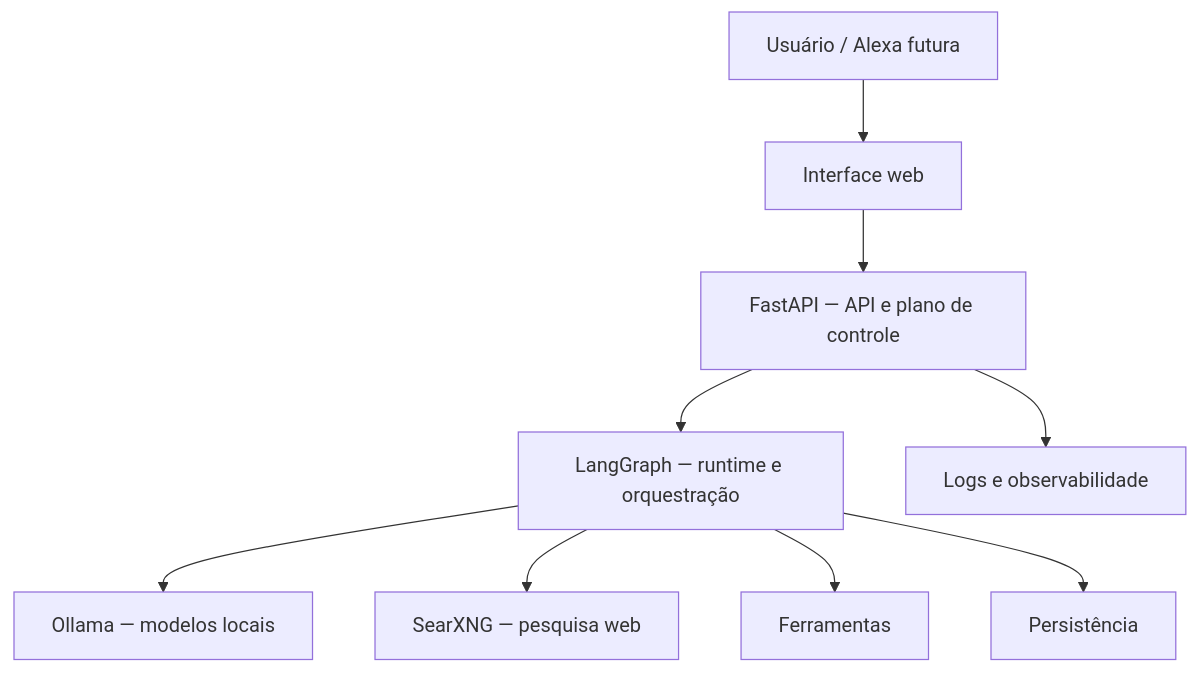
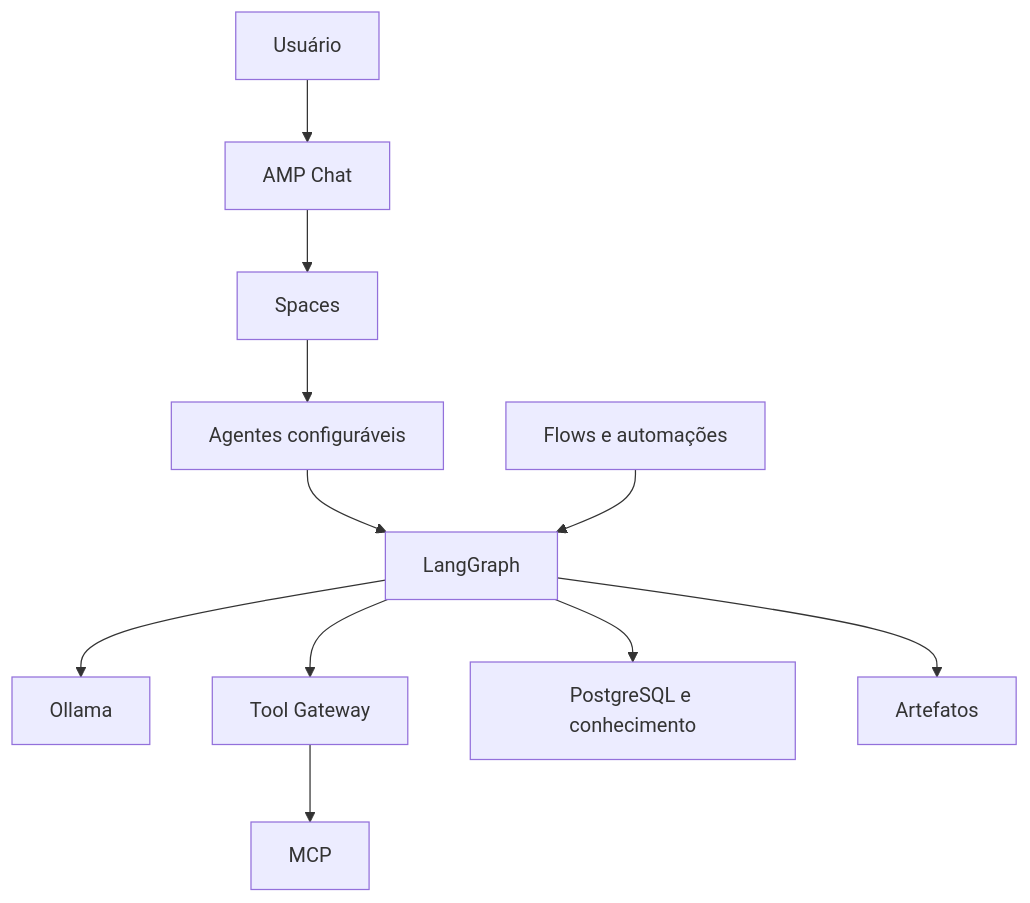
The diagram in README.md (caleo-hub/amp-open-source), drawn with Mermaid before and after one commit. The commit also changed other lines of this file, not shown here.

Commit message:
docs: align README with agentic workspace roadmap

````diff
--- a/README.md
+++ b/README.md
@@ -27,11 +19,13 @@
 ```mermaid
 flowchart TD
-    U["Usuário / Alexa futura"] --> UI["Interface web"]
-    UI --> API["FastAPI — API e plano de controle"]
-    API --> LG["LangGraph — runtime e orquestração"]
-    LG --> OL["Ollama — modelos locais"]
-    LG --> SX["SearXNG — pesquisa web"]
-    LG --> TL["Ferramentas"]
-    LG --> DB["Persistência"]
-    API --> OB["Logs e observabilidade"]
+    U["Usuário"] --> UI["AMP Chat"]
+    UI --> SPACE["Spaces"]
+    SPACE --> AG["Agentes configuráveis"]
+    AG --> LG["LangGraph"]
+    LG --> OL["Ollama"]
+    LG --> TG["Tool Gateway"]
+    TG --> MCP["MCP"]
+    LG --> DB["PostgreSQL e conhecimento"]
+    LG --> ART["Artefatos"]
+    AUTO["Flows e automações"] --> LG
 ```
````
